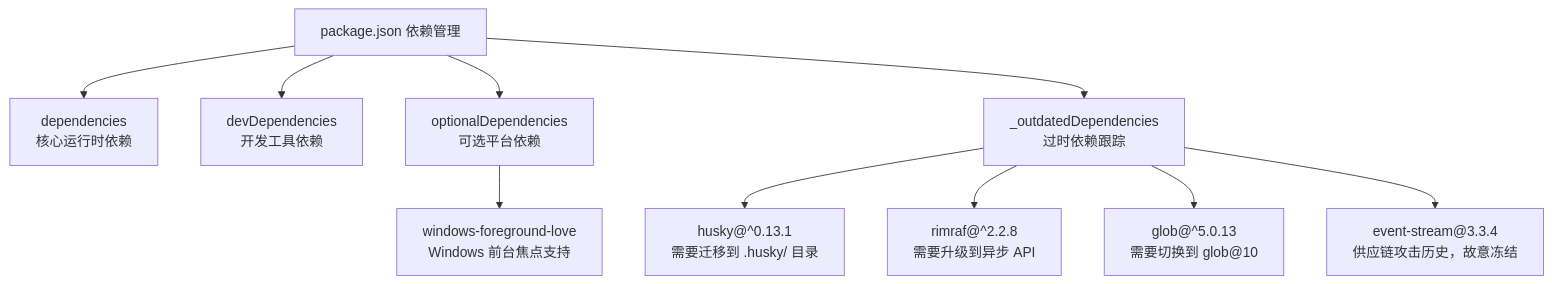
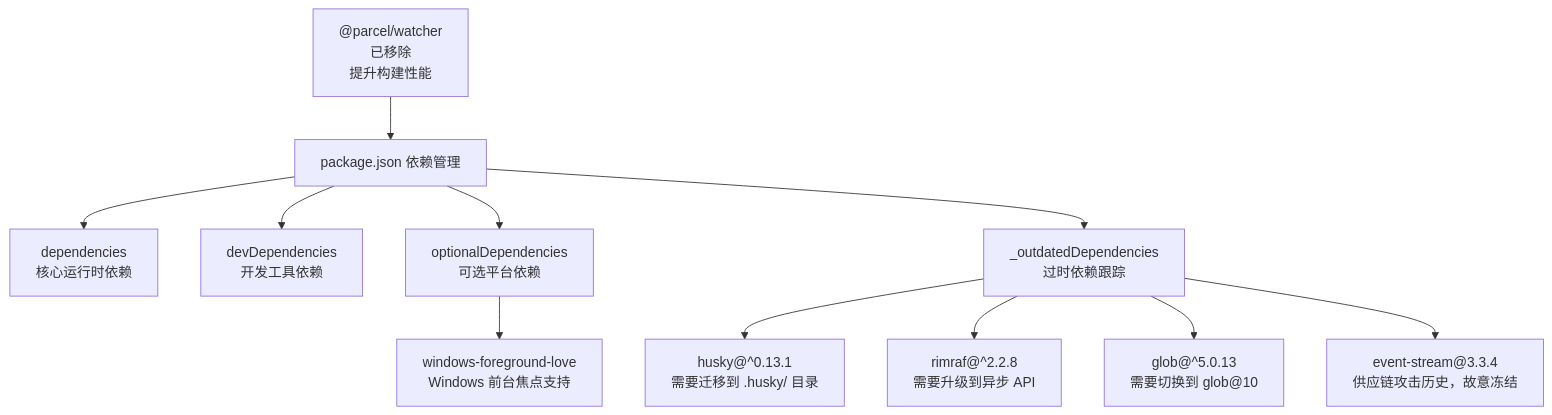
The tenth of 11 diagrams in .qoder/repowiki/zh/content/构建与部署/构建与部署.md (sofate798/KodrixCode), drawn with Mermaid before and after one commit. The commit also changed other lines of this file and 1661 other files, not shown here.

````diff
--- a/.qoder/repowiki/zh/content/构建与部署/构建与部署.md
+++ b/.qoder/repowiki/zh/content/构建与部署/构建与部署.md
@@ -371,12 +373,13 @@
 ```mermaid
 flowchart TD
 A["package.json 依赖管理"] --> B["dependencies<br/>核心运行时依赖"]
 A --> C["devDependencies<br/>开发工具依赖"]
 A --> D["optionalDependencies<br/>可选平台依赖"]
 A --> E["_outdatedDependencies<br/>过时依赖跟踪"]
 D --> F["windows-foreground-love<br/>Windows 前台焦点支持"]
 E --> G["husky@^0.13.1<br/>需要迁移到 .husky/ 目录"]
 E --> H["rimraf@^2.2.8<br/>需要升级到异步 API"]
 E --> I["glob@^5.0.13<br/>需要切换到 glob@10"]
 E --> J["event-stream@3.3.4<br/>供应链攻击历史，故意冻结"]
+K["@parcel/watcher<br/>已移除<br/>提升构建性能"] --> A
 ```
````
